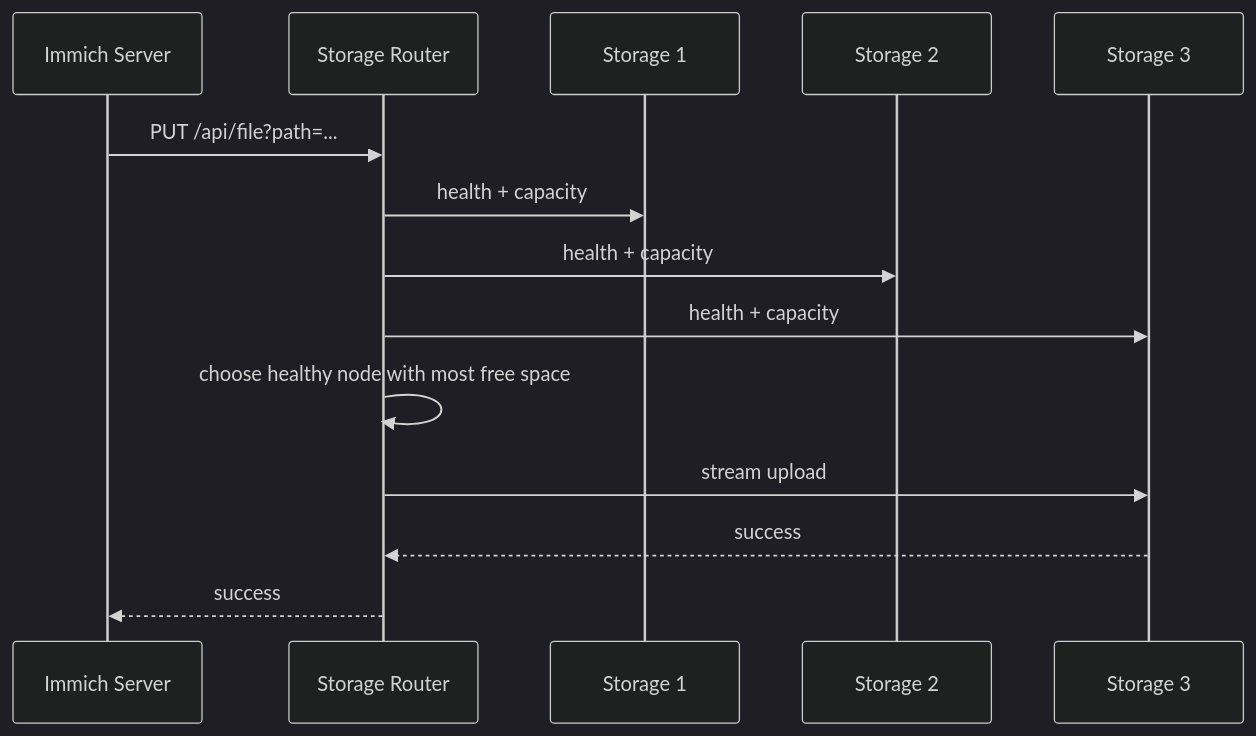
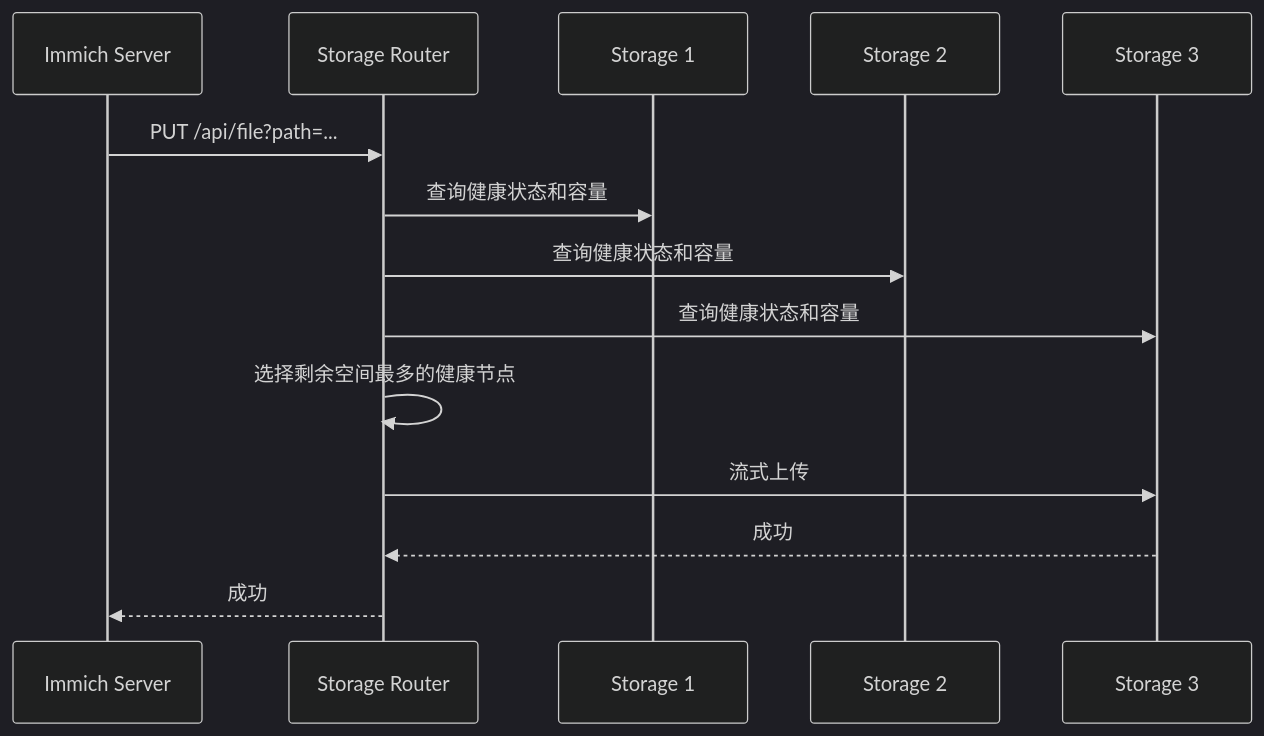
One commit to bowardzhang/immich changed the second of 4 diagrams in README.md. Above: the diagram before and after it, drawn with Mermaid (dark theme). The commit also changed other lines of this file, not shown here.

````diff
--- a/README.md
+++ b/README.md
@@ -64,17 +61,16 @@
 ```mermaid
 sequenceDiagram
     participant I as Immich Server
     participant R as Storage Router
     participant S1 as Storage 1
     participant S2 as Storage 2
     participant S3 as Storage 3
-
     I->>R: PUT /api/file?path=...
-    R->>S1: health + capacity
-    R->>S2: health + capacity
-    R->>S3: health + capacity
-    R->>R: choose healthy node with most free space
-    R->>S3: stream upload
-    S3-->>R: success
-    R-->>I: success
+    R->>S1: 查询健康状态和容量
+    R->>S2: 查询健康状态和容量
+    R->>S3: 查询健康状态和容量
+    R->>R: 选择剩余空间最多的健康节点
+    R->>S3: 流式上传
+    S3-->>R: 成功
+    R-->>I: 成功
 ```
````
